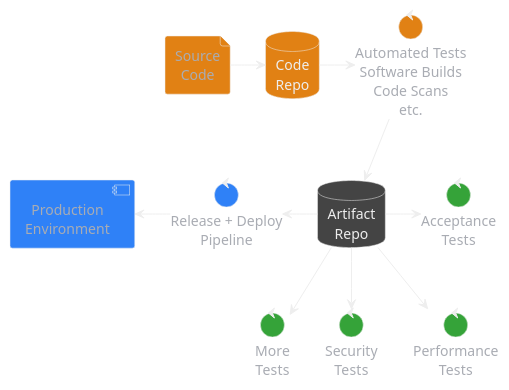
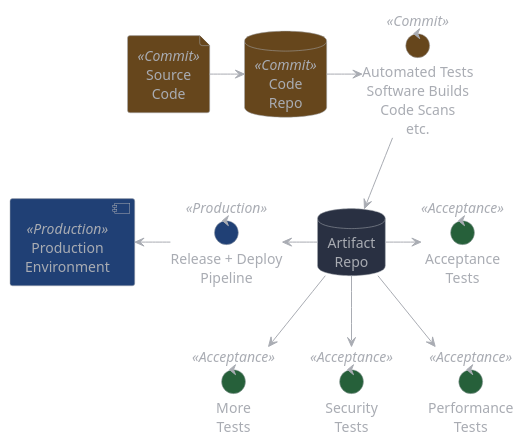
Before and after one commit to sommerfeld-io/website: the diagram in docs/modules/ROOT/pages/development/guidelines.adoc, drawn with PlantUML. The commit also changed 1 other file, not shown here.

Commit message:
diagram colors

```diff
--- a/docs/modules/ROOT/pages/development/guidelines.adoc
+++ b/docs/modules/ROOT/pages/development/guidelines.adoc
@@ -81,66 +81,71 @@
 [plantuml, puml-build-image, svg]
 ----
 @startuml
 
 'skinparam linetype ortho
 skinparam monochrome false
 skinparam componentStyle uml2
 skinparam backgroundColor transparent
-skinparam ArrowColor #eee
-skinparam NoteBorderColor #eee
+'skinparam backgroundColor #202634
+skinparam ArrowColor #a9acb3
+skinparam NoteBorderColor #a9acb3
 skinparam NoteFontColor #a9acb3
 skinparam NoteBackgroundColor transparent
-skinparam ComponentBorderColor #eee
+skinparam ComponentBorderColor #a9acb3
+skinparam ComponentBackgroundColor #293042
 skinparam ComponentFontColor #a9acb3
-skinparam DatabaseBorderColor #eee
-skinparam DatabaseBackgroundColor #444
-skinparam DatabaseFontColor #eee
-skinparam FileBorderColor #eee
+skinparam DatabaseBorderColor #a9acb3
+skinparam DatabaseBackgroundColor #293042
+skinparam DatabaseFontColor #a9acb3
+skinparam FileBorderColor #a9acb3
+skinparam FileBackgroundColor #293042
 skinparam FileFontColor #a9acb3
-skinparam ControlBorderColor #eee
+skinparam ControlBorderColor #a9acb3
+skinparam ControlBackgroundColor #293042
 skinparam ControlFontColor #a9acb3
 skinparam RectangleBackgroundColor transparent
-skinparam RectangleBorderColor #eee
+skinparam RectangleBorderColor #a9acb3
 skinparam RectangleFontColor #a9acb3
 skinparam ControlBackgroundColor transparent
-skinparam ControlBorderColor #eee
+skinparam ControlBorderColor #a9acb3
 skinparam ControlFontColor #a9acb3
 skinparam HexagonBackgroundColor transparent
-skinparam HexagonBorderColor #eee
+skinparam HexagonBorderColor #a9acb3
 skinparam HexagonFontColor #a9acb3
-skinparam ArtifactBackgroundColor #444
-skinparam ArtifactBorderColor #eee
+skinparam ArtifactBackgroundColor #293042
+skinparam ArtifactBorderColor #a9acb3
 skinparam ArtifactFontColor #a9acb3
 skinparam defaultTextAlignment center
 skinparam activity {
 FontName Ubuntu
 }
 
-file code as "Source\nCode" #E18114
-database code_repo as "Code\nRepo" #E18114
 database artifact_repo as "Artifact\nRepo"
-control ci as "Automated Tests\nSoftware Builds\nCode Scans\netc." #E18114
+
+file code as "Source\nCode" <<Commit>> #66461C
+database code_repo as "Code\nRepo" <<Commit>> #66461C
+control ci as "Automated Tests\nSoftware Builds\nCode Scans\netc." <<Commit>> #66461C
 
 code -> code_repo
 code_repo -right-> ci
 ci -down-> artifact_repo
 
-control more as "More\nTests" #35A339
-control acceptance as "Acceptance\nTests" #35A339
-control security as "Security\nTests" #35A339
-control performance as "Performance\nTests" #35A339
+control more as "More\nTests" <<Acceptance>> #26603A
+control acceptance as "Acceptance\nTests" <<Acceptance>> #26603A
+control security as "Security\nTests" <<Acceptance>> #26603A
+control performance as "Performance\nTests" <<Acceptance>> #26603A
 artifact_repo -right-> acceptance
 artifact_repo -down-> security
 artifact_repo -down-> performance
 artifact_repo -down-> more
 
-control deploy as "Release + Deploy\nPipeline" #2F81F7
-component prod as "Production\nEnvironment" #2F81F7
+control deploy as "Release + Deploy\nPipeline" <<Production>> #204075
+component prod as "Production\nEnvironment" <<Production>> #204075
 
 artifact_repo -left-> deploy
 deploy -left-> prod
 
 code_repo -[hidden]right- artifact_repo
 
 @enduml
 ----
```
